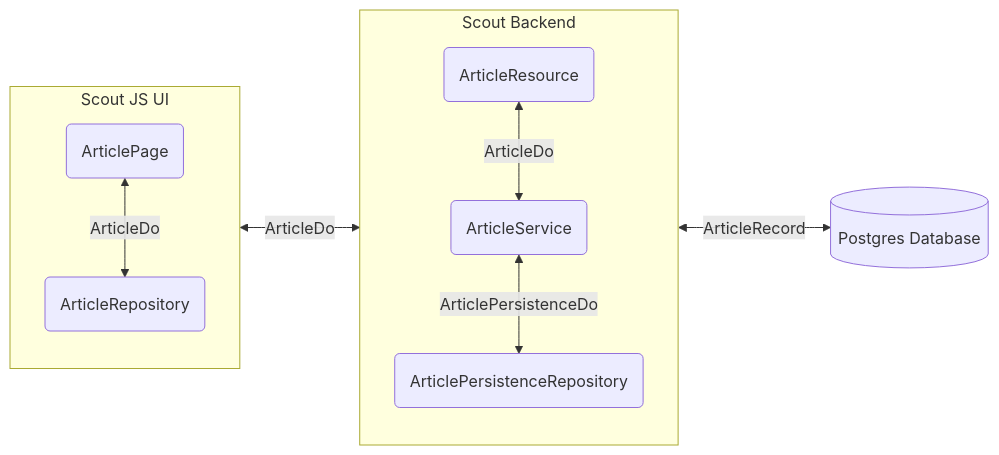
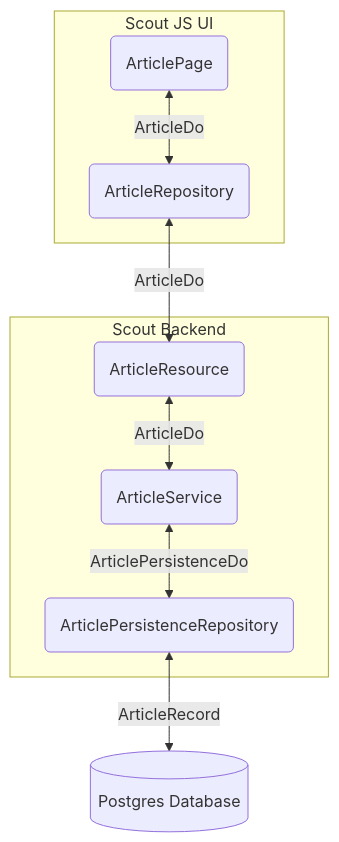
One commit to gourmetgate/docdump changed the second of 2 diagrams in general/tech-stack.md. Above: the diagram before and after it, drawn with Mermaid.

Commit message:
Change graph orientation to TB

````diff
--- a/general/tech-stack.md
+++ b/general/tech-stack.md
@@ -115,20 +115,18 @@
 ```mermaid
-flowchart LR
+flowchart TB
   subgraph "Scout JS UI"
-    direction TB
     uiWidget(ArticlePage)
     uiRepo(ArticleRepository)
   end
   subgraph "Scout Backend"
-    direction TB
     resource(ArticleResource)
     service(ArticleService)
     repository(ArticlePersistenceRepository)
   end
   db[(Postgres Database)]
   uiWidget <-->|ArticleDo| uiRepo
   uiRepo <-->|ArticleDo| resource
   resource <-->|ArticleDo| service
   service <-->|ArticlePersistenceDo| repository
   repository <-->|ArticleRecord| db
 ```
````
